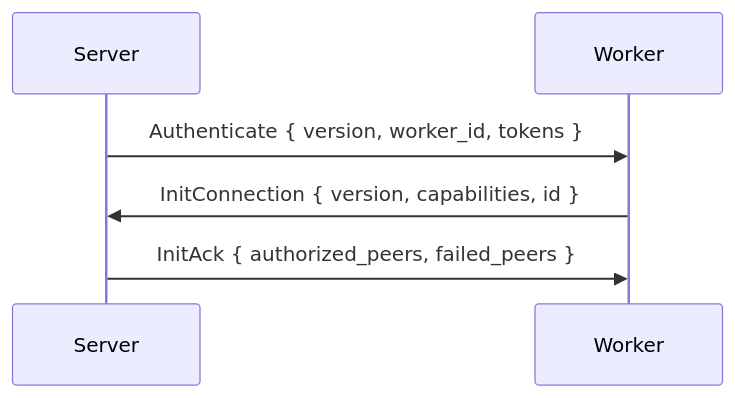
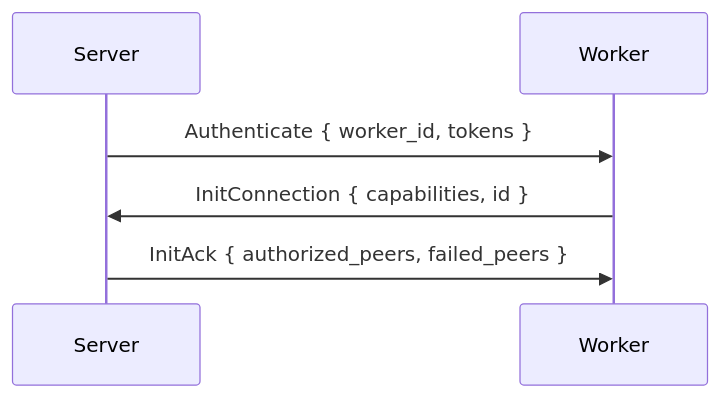
The second of 3 diagrams in docs/src/contributors/proto/connection.md (wavelens/gradient), drawn with Mermaid before and after one commit. The commit also changed other lines of this file and 5 other files, not shown here.

````diff
--- a/docs/src/contributors/proto/connection.md
+++ b/docs/src/contributors/proto/connection.md
@@ -45,8 +47,8 @@
 ```mermaid
 sequenceDiagram
     participant S as Server
     participant W as Worker
-    S->>W: Authenticate { version, worker_id, tokens }
-    W->>S: InitConnection { version, capabilities, id }
+    S->>W: Authenticate { worker_id, tokens }
+    W->>S: InitConnection { capabilities, id }
     S->>W: InitAck { authorized_peers, failed_peers }
 ```
````
